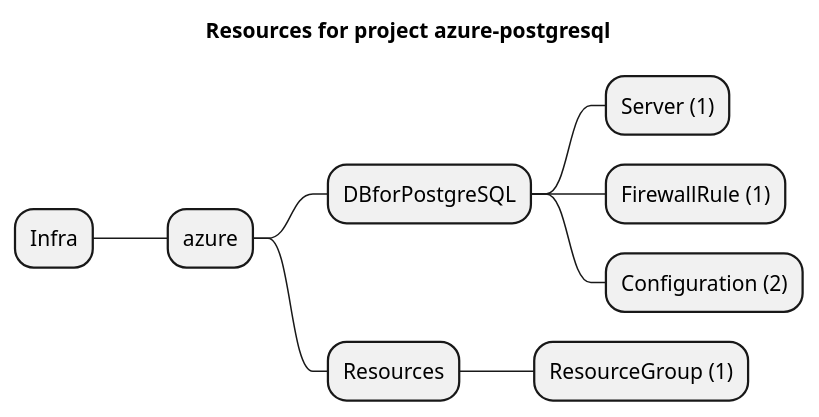
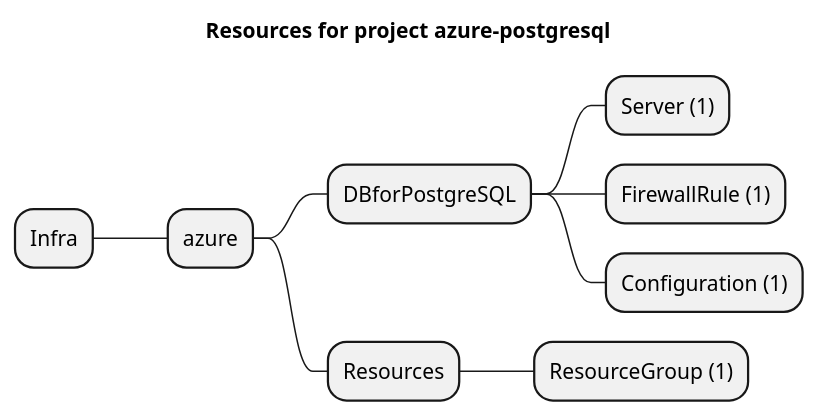
Before and after one commit to grucloud/grucloud: the diagram in examples/azure/DBforPostgreSQL/azure-postgresql/artifacts/resources-mindmap.puml, drawn with PlantUML. The commit also changed 55 other files, not shown here.

```diff
--- a/examples/azure/DBforPostgreSQL/azure-postgresql/artifacts/resources-mindmap.puml
+++ b/examples/azure/DBforPostgreSQL/azure-postgresql/artifacts/resources-mindmap.puml
@@ -1,12 +1,12 @@
 @startmindmap
 title Resources for project azure-postgresql
 skinparam monochrome true
 + Infra
 ++ azure
 +++ DBforPostgreSQL
 ++++ Server (1)
 ++++ FirewallRule (1)
-++++ Configuration (2)
+++++ Configuration (1)
 +++ Resources
 ++++ ResourceGroup (1)
 @endmindmap
```
